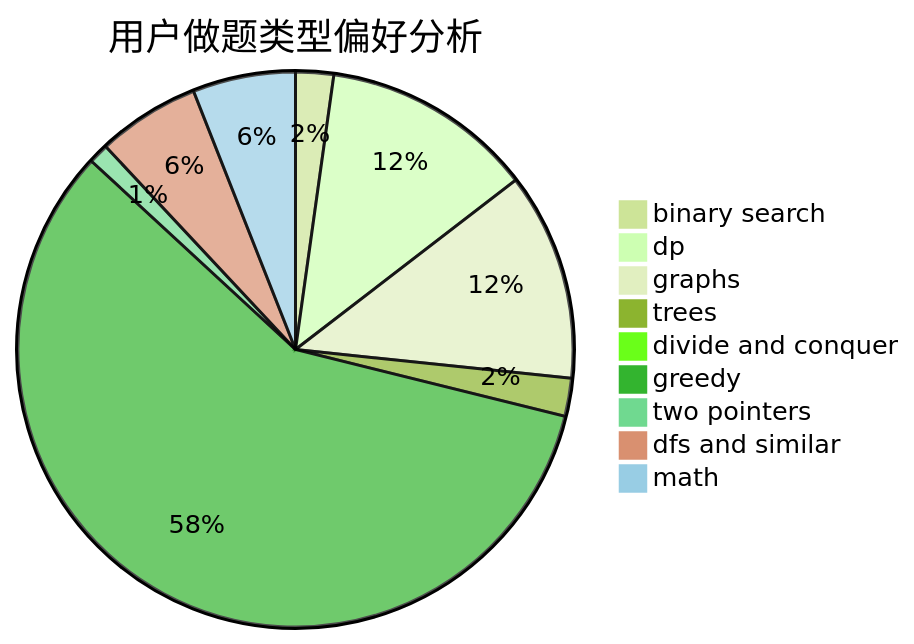
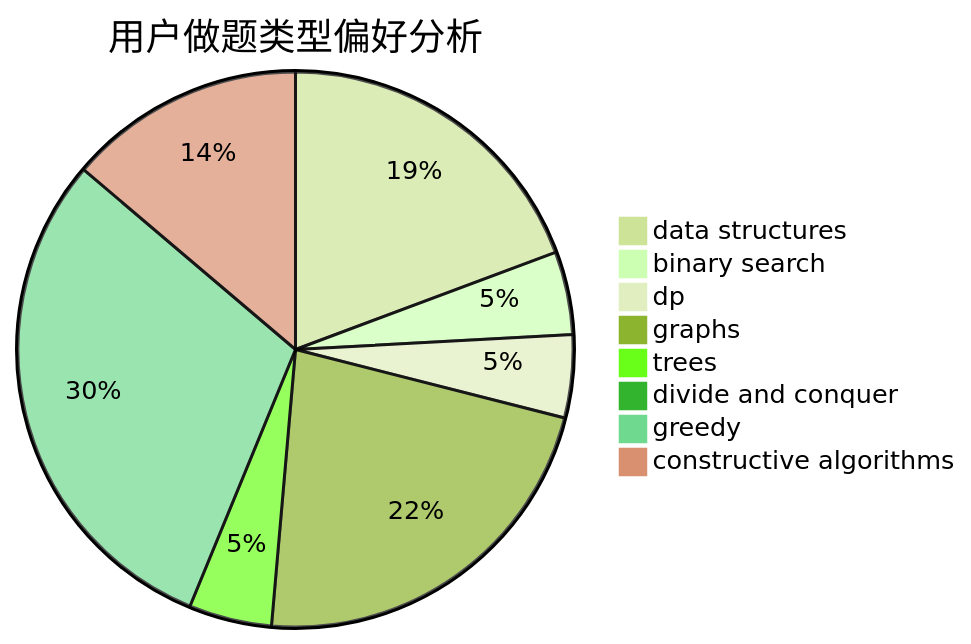
One commit to sherpahu/cfrs.github.io changed the second of 3 diagrams in docs/user/u529.md. Above: the diagram before and after it, drawn with Mermaid (forest theme). The commit also changed other lines of this file and 2775 other files, not shown here.

````diff
--- a/docs/user/u529.md
+++ b/docs/user/u529.md
@@ -23,12 +23,11 @@
 ```mermaid
 pie title 用户做题类型偏好分析
-    "binary search" :  17
-    "dp" :  95
-    "graphs" :  93
-    "trees" :  17
+    "data structures" :  56
+    "binary search" :  14
+    "dp" :  14
+    "graphs" :  65
+    "trees" :  14
     "divide and conquer" :  0
-    "greedy" :  446
-    "two pointers" :  9
-    "dfs and similar" :  46
-    "math" :  46
+    "greedy" :  87
+    "constructive algorithms" :  40
 ```
````
